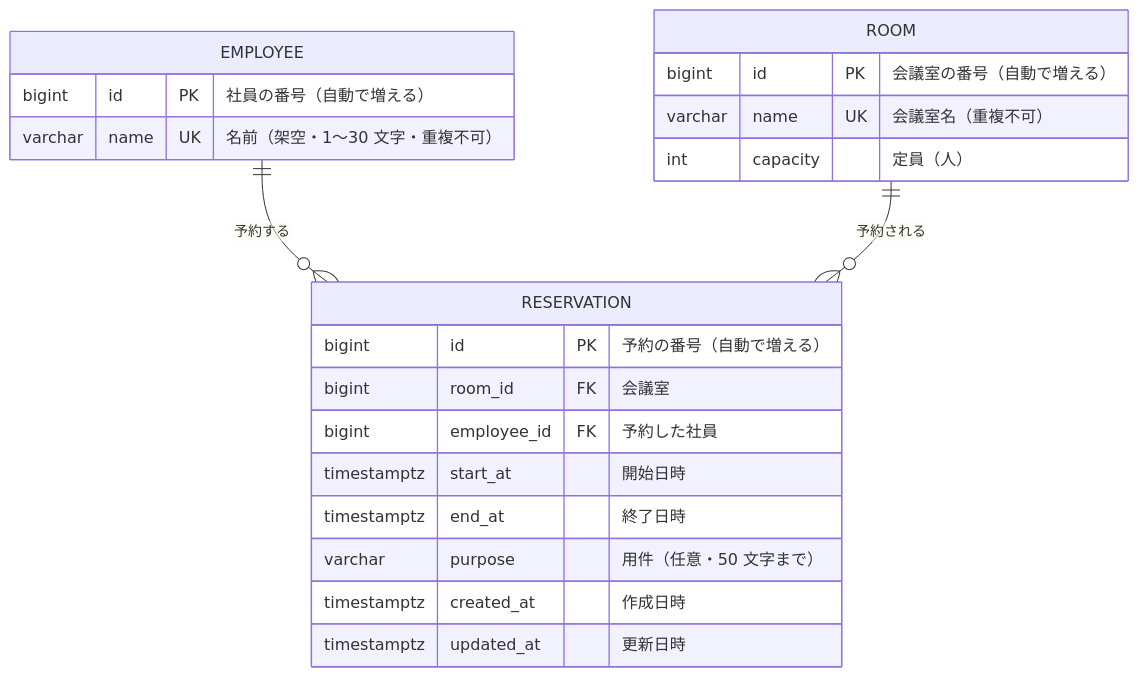
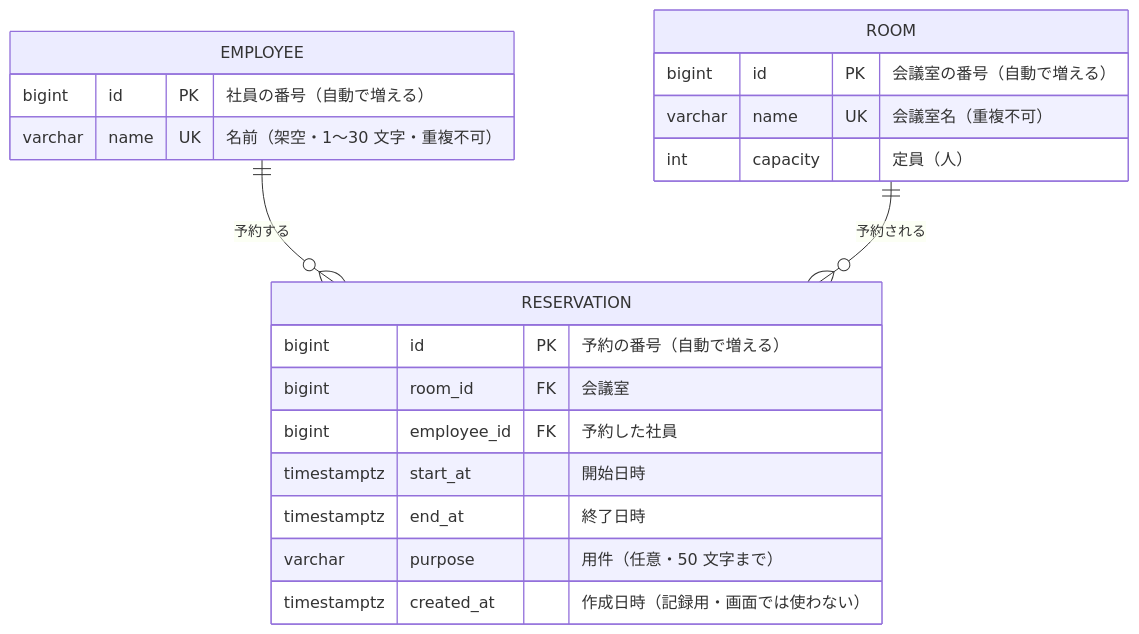
Before and after one commit to shijirou/app-practice-003-room-booking: the diagram in docs/data-design.md, drawn with Mermaid. The commit also changed other lines of this file, not shown here.

````diff
--- a/docs/data-design.md
+++ b/docs/data-design.md
@@ -8,24 +8,23 @@
 ```mermaid
 erDiagram
     EMPLOYEE ||--o{ RESERVATION : "予約する"
     ROOM ||--o{ RESERVATION : "予約される"
     EMPLOYEE {
         bigint id PK "社員の番号（自動で増える）"
         varchar name UK "名前（架空・1〜30 文字・重複不可）"
     }
     ROOM {
         bigint id PK "会議室の番号（自動で増える）"
         varchar name UK "会議室名（重複不可）"
         int capacity "定員（人）"
     }
     RESERVATION {
         bigint id PK "予約の番号（自動で増える）"
         bigint room_id FK "会議室"
         bigint employee_id FK "予約した社員"
         timestamptz start_at "開始日時"
         timestamptz end_at "終了日時"
         varchar purpose "用件（任意・50 文字まで）"
-        timestamptz created_at "作成日時"
-        timestamptz updated_at "更新日時"
+        timestamptz created_at "作成日時（記録用・画面では使わない）"
     }
 ```
````
